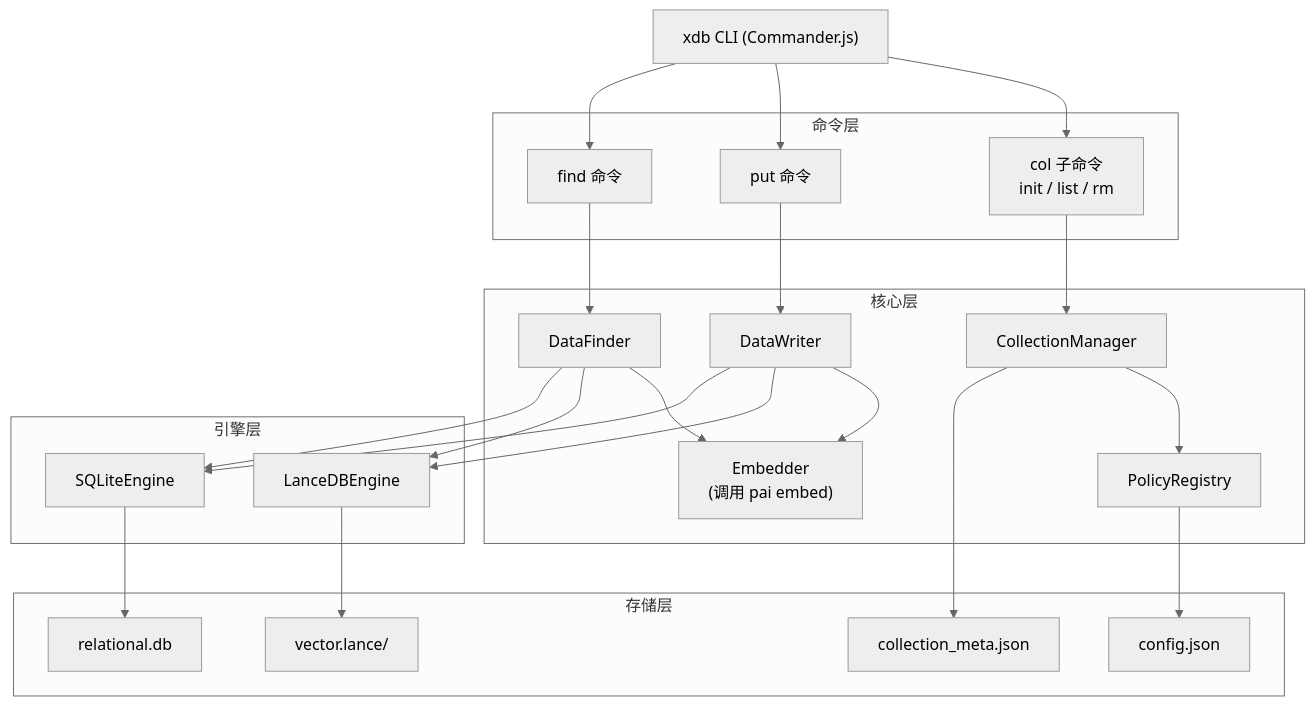
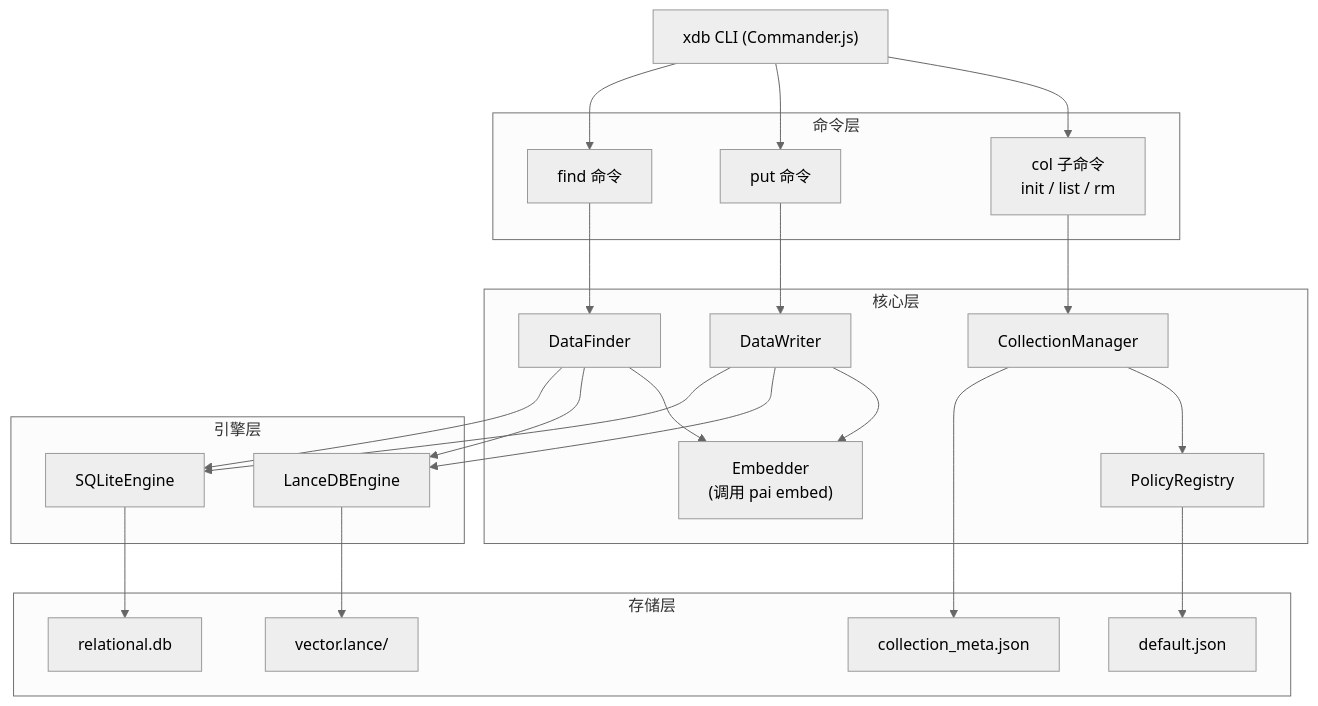
Before and after one commit to OneClawLab/xdb: the diagram in .kiro/specs/xdb-core/design.md, drawn with Mermaid (neutral theme). The commit also changed other lines of this file and 10 other files, not shown here.

````diff
--- a/.kiro/specs/xdb-core/design.md
+++ b/.kiro/specs/xdb-core/design.md
@@ -16,51 +16,51 @@
 ```mermaid
 graph TD
     CLI["xdb CLI (Commander.js)"]
     
     subgraph "命令层"
         COL_CMD["col 子命令<br/>init / list / rm"]
         PUT_CMD["put 命令"]
         FIND_CMD["find 命令"]
     end
     
     subgraph "核心层"
         CM["CollectionManager"]
         DW["DataWriter"]
         DF["DataFinder"]
         PR["PolicyRegistry"]
         EMB["Embedder<br/>(调用 pai embed)"]
     end
     
     subgraph "引擎层"
         LE["LanceDBEngine"]
         SE["SQLiteEngine"]
     end
     
     subgraph "存储层"
         LANCE["vector.lance/"]
         SQLITE["relational.db"]
         META["collection_meta.json"]
-        CONFIG["config.json"]
+        CONFIG["default.json"]
     end
     
     CLI --> COL_CMD
     CLI --> PUT_CMD
     CLI --> FIND_CMD
     
     COL_CMD --> CM
     PUT_CMD --> DW
     FIND_CMD --> DF
     
     CM --> PR
     CM --> META
     DW --> EMB
     DW --> LE
     DW --> SE
     DF --> EMB
     DF --> LE
     DF --> SE
     
     LE --> LANCE
     SE --> SQLITE
     PR --> CONFIG
 ```
````
